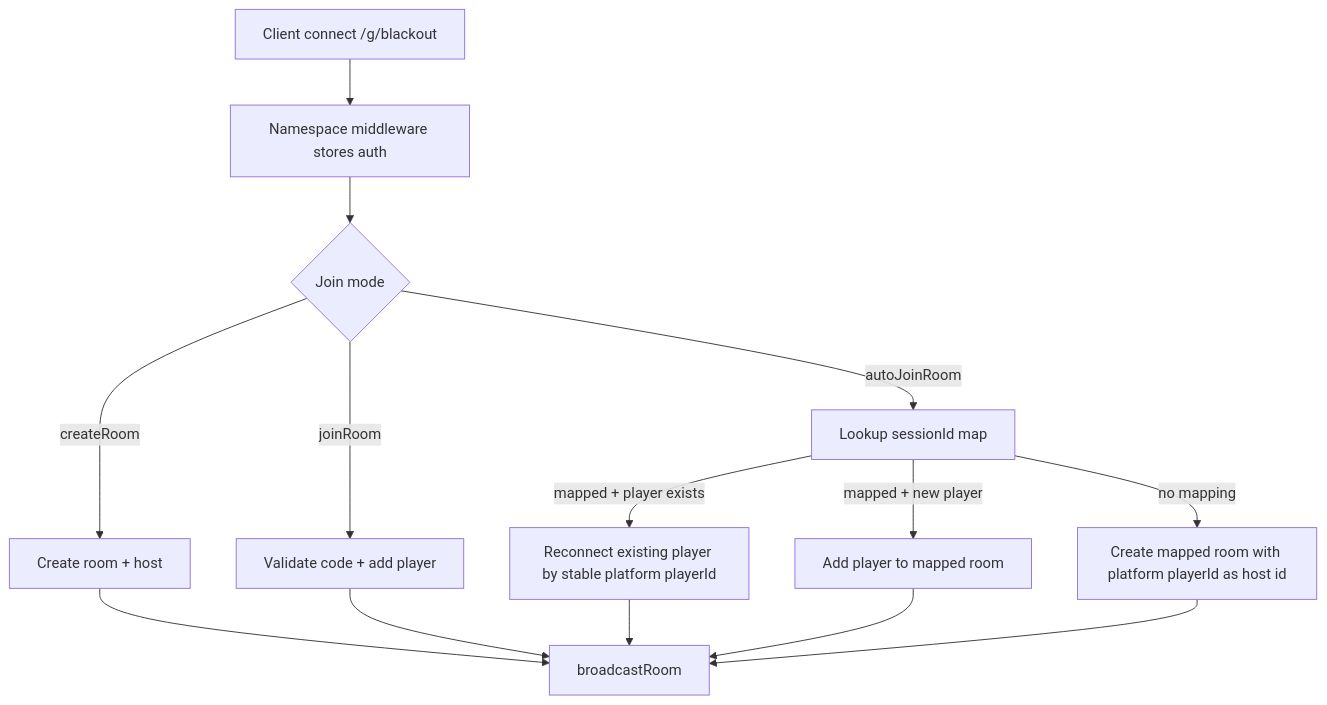
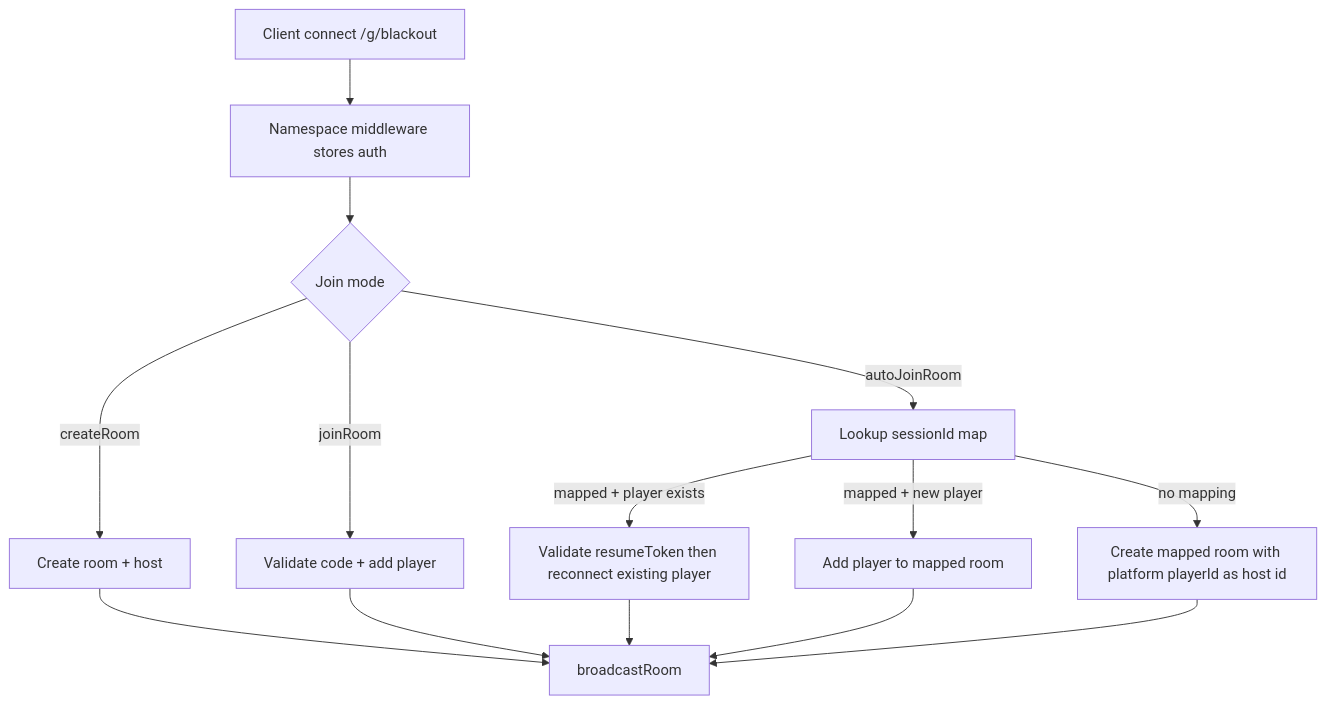
Before and after one commit to jsevenheck/game-platform: the first of 3 diagrams in games/blackout/docs/architecture.md, drawn with Mermaid. The commit also changed 52 other files, not shown here.

First line of the commit message:
feat: enhance autoJoinRoom with resumeToken support for reconnecting players

````diff
--- a/games/blackout/docs/architecture.md
+++ b/games/blackout/docs/architecture.md
@@ -102,16 +102,16 @@
 ```mermaid
 flowchart TD
   A[Client connect /g/blackout] --> B[Namespace middleware stores auth]
   B --> C{Join mode}
   C -->|createRoom| D[Create room + host]
   C -->|joinRoom| E[Validate code + add player]
   C -->|autoJoinRoom| F[Lookup sessionId map]
-  F -->|mapped + player exists| G[Reconnect existing player by stable platform playerId]
+  F -->|mapped + player exists| G[Validate resumeToken then reconnect existing player]
   F -->|mapped + new player| H[Add player to mapped room]
   F -->|no mapping| I[Create mapped room with platform playerId as host id]
   D --> J[broadcastRoom]
   E --> J
   G --> J
   H --> J
   I --> J
 ```
````
